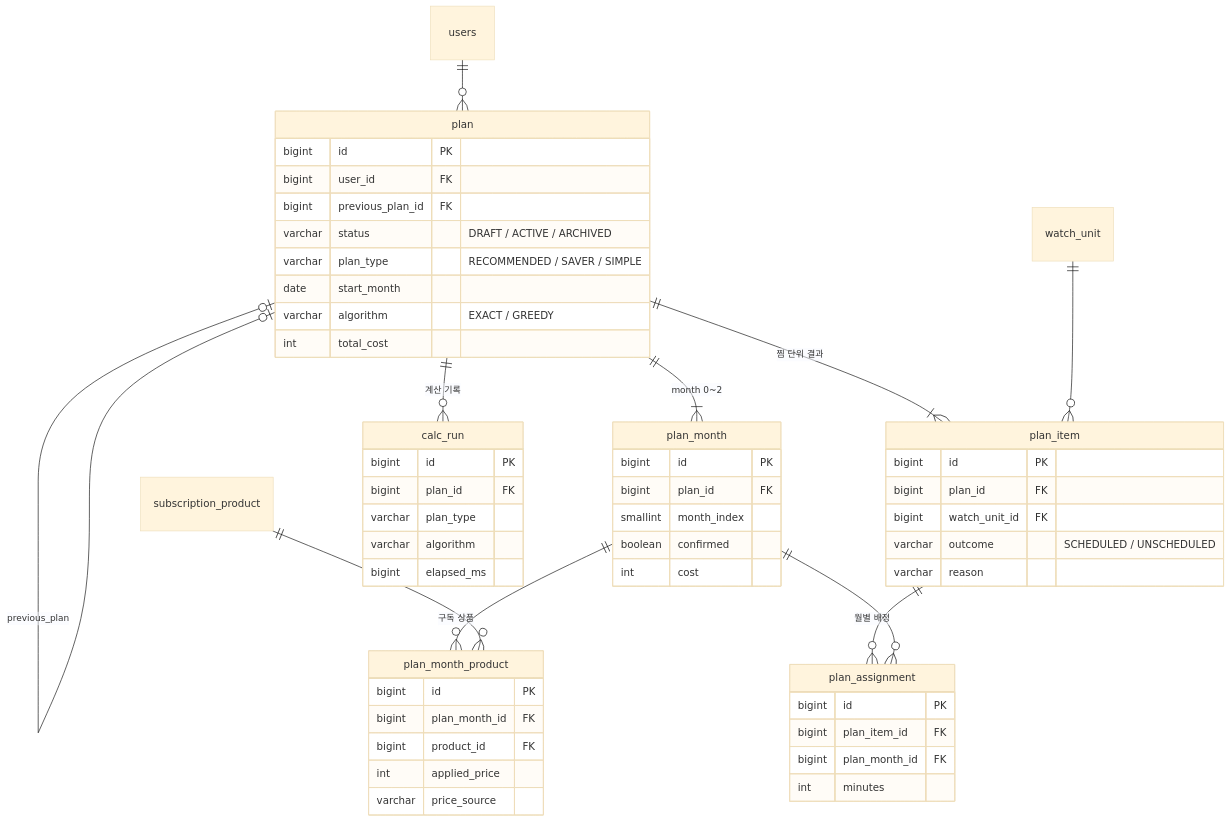
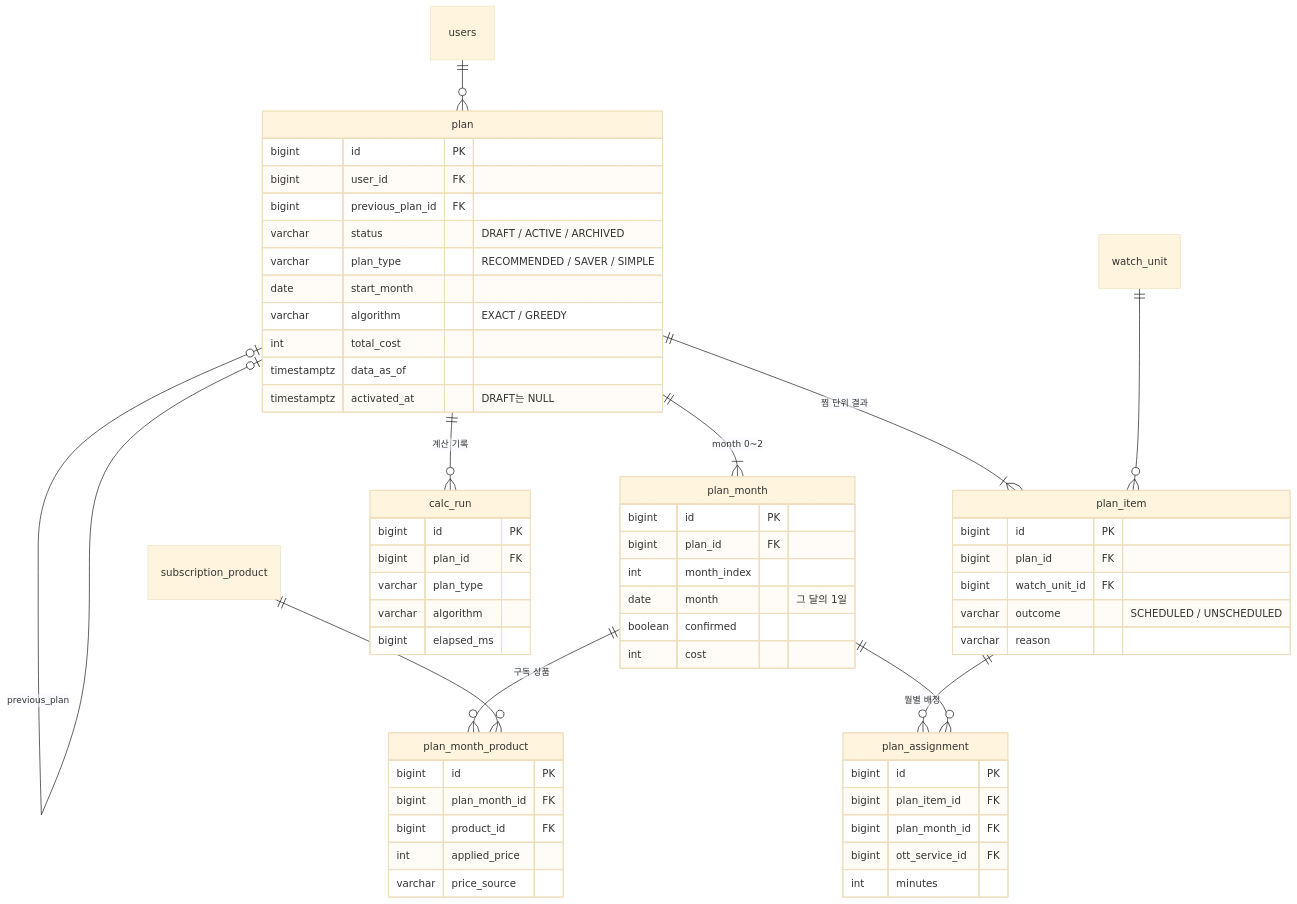
Before and after one commit to msw-Hub/ottnavi: the fifth of 5 diagrams in docs/ERD.md, drawn with Mermaid (base theme). The commit also changed other lines of this file and 2 other files, not shown here.

First line of the commit message:
docs: Task 032 ERD v0.4 보정과 작업 안내서 추가

````diff
--- a/docs/ERD.md
+++ b/docs/ERD.md
@@ -303,57 +308,61 @@
 ```mermaid
 erDiagram
   users ||--o{ plan : ""
   plan |o--o| plan : "previous_plan"
   plan ||--|{ plan_month : "month 0~2"
   plan ||--|{ plan_item : "찜 단위 결과"
   plan_month ||--o{ plan_month_product : "구독 상품"
   subscription_product ||--o{ plan_month_product : ""
   plan_item ||--o{ plan_assignment : "월별 배정"
   plan_month ||--o{ plan_assignment : ""
   watch_unit ||--o{ plan_item : ""
   plan ||--o{ calc_run : "계산 기록"
   plan {
     bigint id PK
     bigint user_id FK
     bigint previous_plan_id FK
     varchar status "DRAFT / ACTIVE / ARCHIVED"
     varchar plan_type "RECOMMENDED / SAVER / SIMPLE"
     date start_month
     varchar algorithm "EXACT / GREEDY"
     int total_cost
+    timestamptz data_as_of
+    timestamptz activated_at "DRAFT는 NULL"
   }
   plan_month {
     bigint id PK
     bigint plan_id FK
-    smallint month_index
+    int month_index
+    date month "그 달의 1일"
     boolean confirmed
     int cost
   }
   plan_month_product {
     bigint id PK
     bigint plan_month_id FK
     bigint product_id FK
     int applied_price
     varchar price_source
   }
   plan_item {
     bigint id PK
     bigint plan_id FK
     bigint watch_unit_id FK
     varchar outcome "SCHEDULED / UNSCHEDULED"
     varchar reason
   }
   plan_assignment {
     bigint id PK
     bigint plan_item_id FK
     bigint plan_month_id FK
+    bigint ott_service_id FK
     int minutes
   }
   calc_run {
     bigint id PK
     bigint plan_id FK
     varchar plan_type
     varchar algorithm
     bigint elapsed_ms
   }
 ```
````
